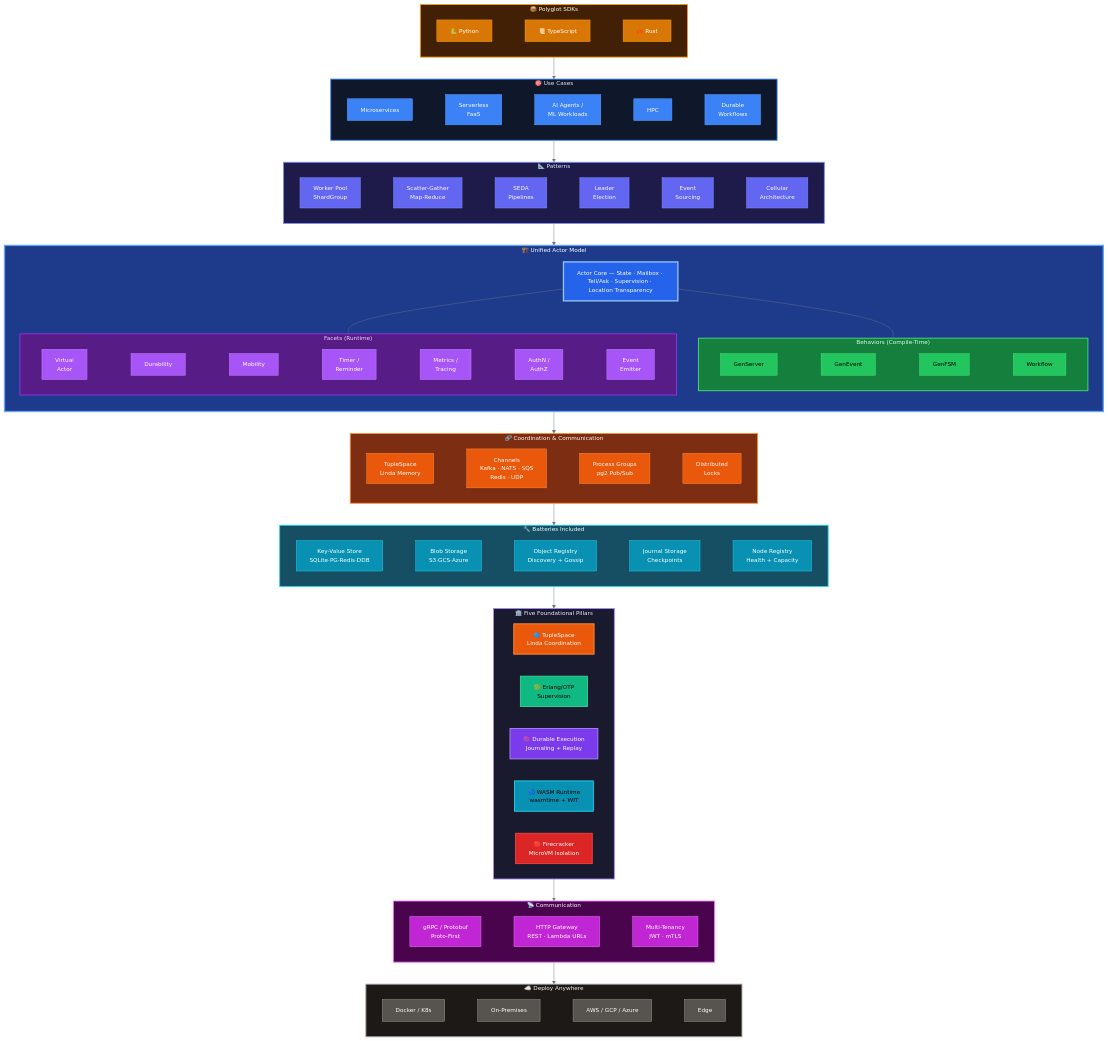
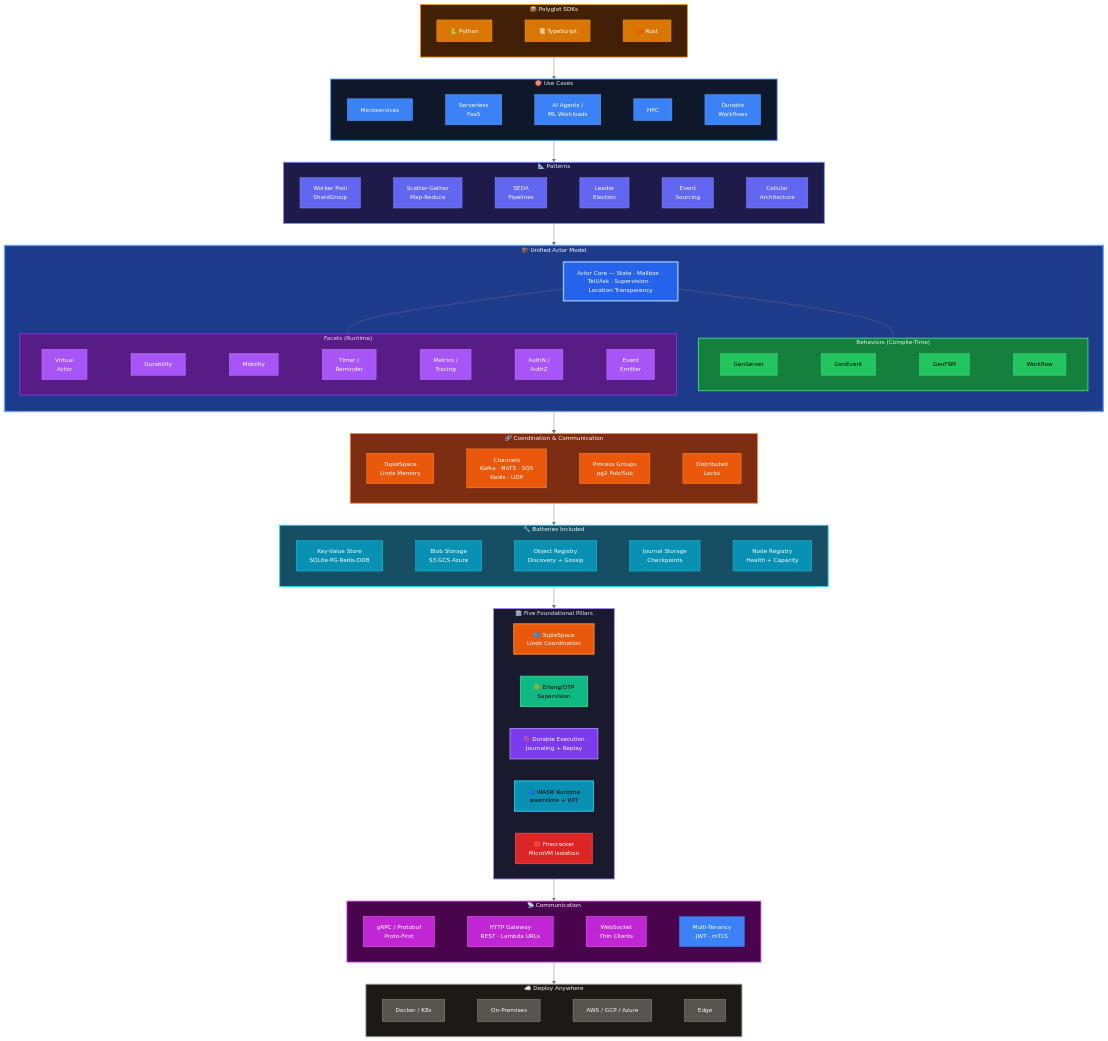
Before and after one commit to bhatti/PlexSpaces: the first of 16 diagrams in docs/architecture.md, drawn with Mermaid. The commit also changed other lines of this file and 962 other files, not shown here.

```diff
--- a/docs/architecture.md
+++ b/docs/architecture.md
@@ -95,7 +95,7 @@
     end
 
     subgraph Comms["📡 Communication"]
-        CM1["gRPC / Protobuf<br/>Proto-First"] ~~~ CM2["HTTP Gateway<br/>REST · Lambda URLs"] ~~~ CM3["Multi-Tenancy<br/>JWT · mTLS"]
+        CM1["gRPC / Protobuf<br/>Proto-First"] ~~~ CM2["HTTP Gateway<br/>REST · Lambda URLs"] ~~~ CM3["WebSocket<br/>Thin Clients"] ~~~ CM4["Multi-Tenancy<br/>JWT · mTLS"]
     end
 
     SDKs --> UseCases
```
